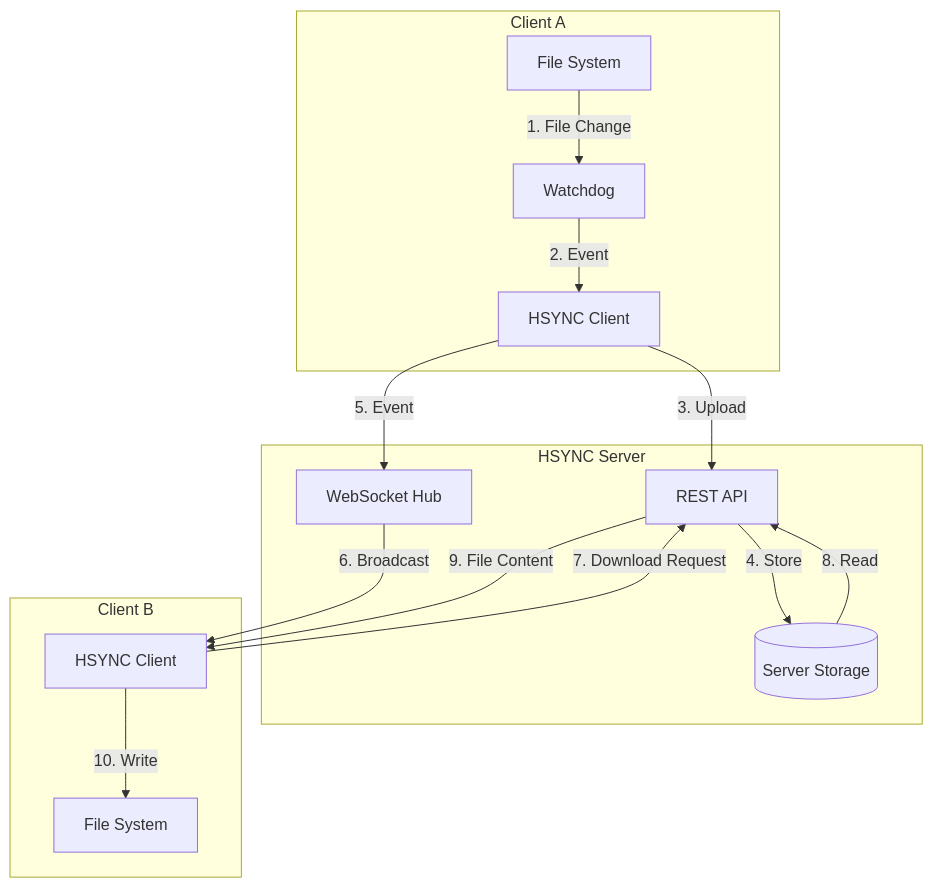
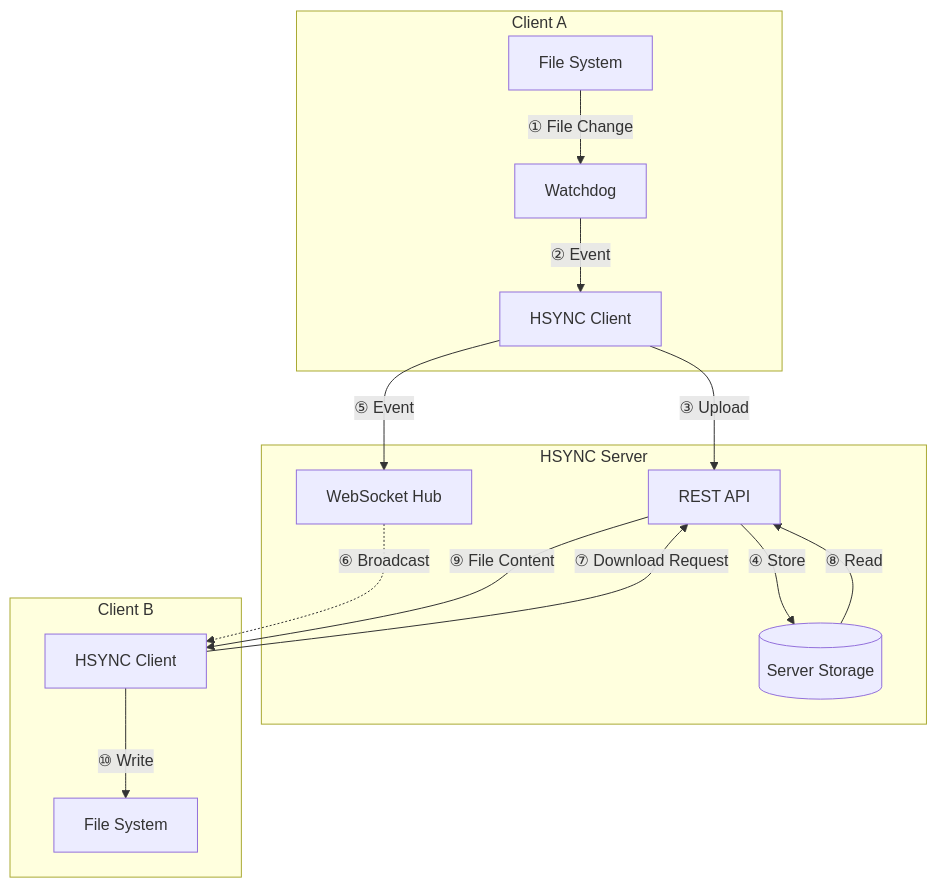
One commit to albertsdk/hsync-server changed the first of 7 diagrams in docs/sync-flow.md. Above: the diagram before and after it, drawn with Mermaid. The commit also changed other lines of this file and 17 other files, not shown here.

First line of the commit message:
Add numbered phases to documentation diagrams

````diff
--- a/docs/sync-flow.md
+++ b/docs/sync-flow.md
@@ -11,30 +11,30 @@
 ```mermaid
 graph TB
     subgraph "Client A"
         FSA[File System]
         WDA[Watchdog]
         CA[HSYNC Client]
     end
 
     subgraph "HSYNC Server"
         REST[REST API]
         WS[WebSocket Hub]
         FSS[(Server Storage)]
     end
 
     subgraph "Client B"
         CB[HSYNC Client]
         FSB[File System]
     end
 
-    FSA -->|1. File Change| WDA
-    WDA -->|2. Event| CA
-    CA -->|3. Upload| REST
-    REST -->|4. Store| FSS
-    CA -->|5. Event| WS
-    WS -->|6. Broadcast| CB
-    CB -->|7. Download Request| REST
-    FSS -->|8. Read| REST
-    REST -->|9. File Content| CB
-    CB -->|10. Write| FSB
+    FSA -->|"① File Change"| WDA
+    WDA -->|"② Event"| CA
+    CA -->|"③ Upload"| REST
+    REST -->|"④ Store"| FSS
+    CA -->|"⑤ Event"| WS
+    WS -.->|"⑥ Broadcast"| CB
+    CB -->|"⑦ Download Request"| REST
+    FSS -->|"⑧ Read"| REST
+    REST -->|"⑨ File Content"| CB
+    CB -->|"⑩ Write"| FSB
 ```
````
